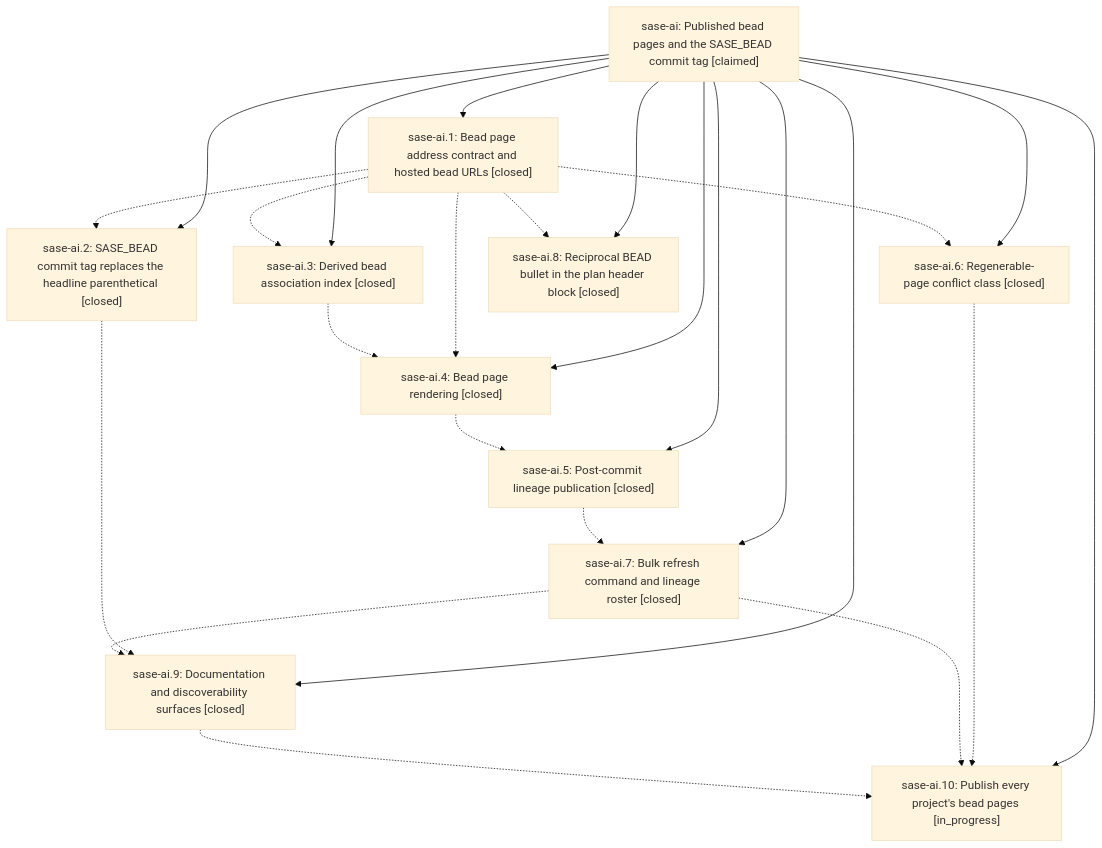
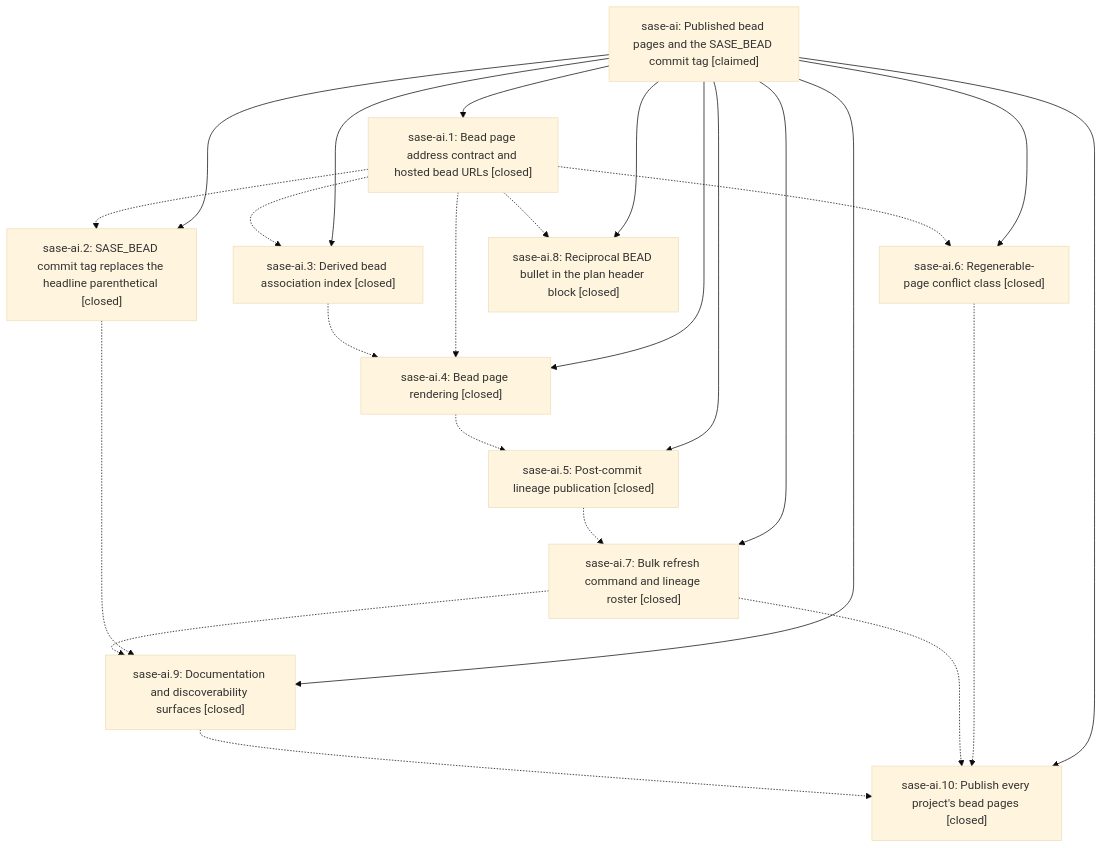
One commit to sase-org/sase--beads changed the diagram in pages/sase-ai/README.md. Above: the diagram before and after it, drawn with Mermaid (base theme). The commit also changed other lines of this file and 4 other files, not shown here.

First line of the commit message:
chore(beads): sync bead state and pages for sase-ai

````diff
--- a/pages/sase-ai/README.md
+++ b/pages/sase-ai/README.md
@@ -31,37 +31,37 @@
 ```mermaid
 flowchart TD
     n0["sase-ai: Published bead pages and the SASE_BEAD commit tag [claimed]"]
     n1["sase-ai.1: Bead page address contract and hosted bead URLs [closed]"]
-    n2["sase-ai.10: Publish every project's bead pages [in_progress]"]
+    n2["sase-ai.10: Publish every project's bead pages [closed]"]
     n3["sase-ai.2: SASE_BEAD commit tag replaces the headline parenthetical [closed]"]
     n4["sase-ai.3: Derived bead association index [closed]"]
     n5["sase-ai.4: Bead page rendering [closed]"]
     n6["sase-ai.5: Post-commit lineage publication [closed]"]
     n7["sase-ai.6: Regenerable-page conflict class [closed]"]
     n8["sase-ai.7: Bulk refresh command and lineage roster [closed]"]
     n9["sase-ai.8: Reciprocal BEAD bullet in the plan header block [closed]"]
     n10["sase-ai.9: Documentation and discoverability surfaces [closed]"]
     n0 --> n1
     n0 --> n2
     n0 --> n3
     n0 --> n4
     n0 --> n5
     n0 --> n6
     n0 --> n7
     n0 --> n8
     n0 --> n9
     n0 --> n10
     n1 -.-> n3
     n1 -.-> n4
     n1 -.-> n5
     n1 -.-> n7
     n1 -.-> n9
     n3 -.-> n10
     n4 -.-> n5
     n5 -.-> n6
     n6 -.-> n8
     n7 -.-> n2
     n8 -.-> n2
     n8 -.-> n10
     n10 -.-> n2
 ```
````
